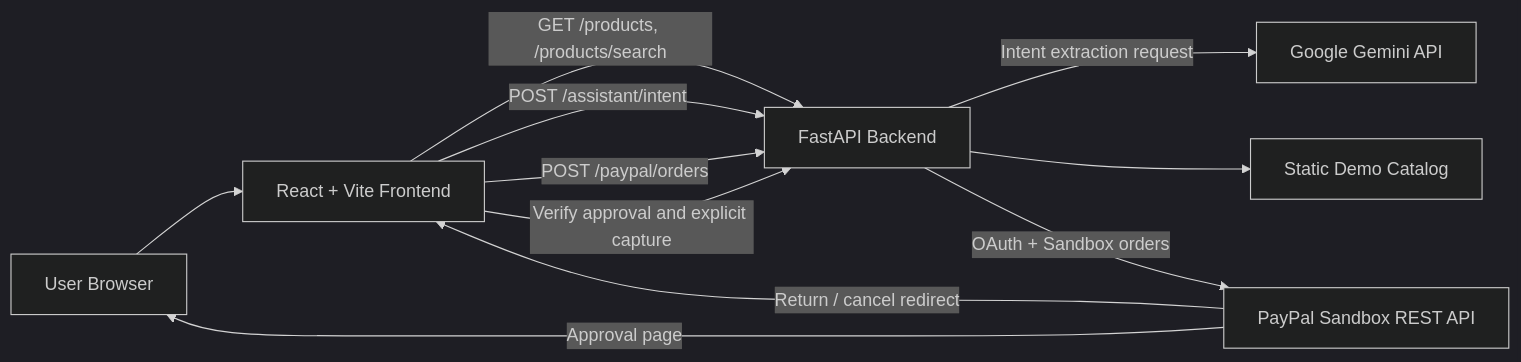
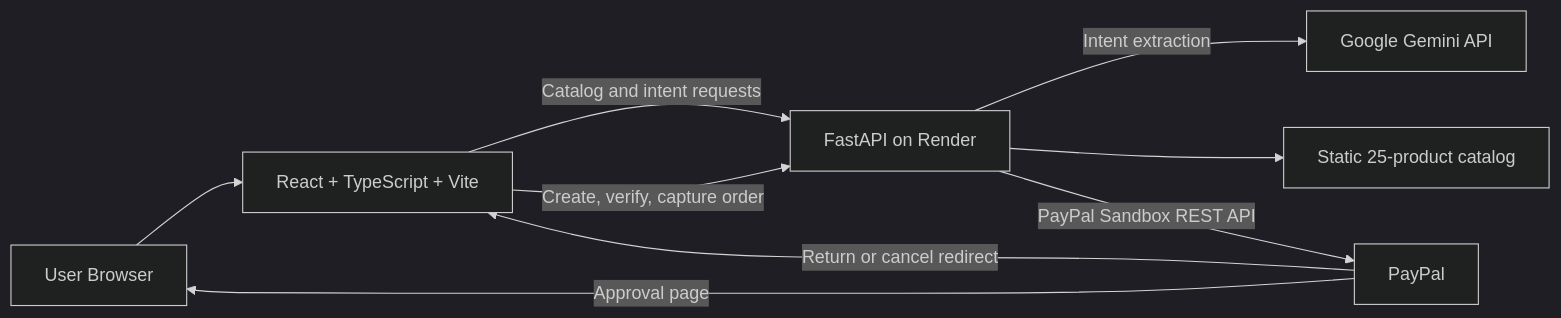
One commit to Plabon-Basak/CartPilot-AI changed the diagram in README.md. Above: the diagram before and after it, drawn with Mermaid (dark theme). The commit also changed other lines of this file and 2 other files, not shown here.

Commit message:
docs: refresh hackathon README and assistant prompts

````diff
--- a/README.md
+++ b/README.md
@@ -116,13 +67,11 @@
 ```mermaid
 flowchart LR
-    User[User Browser] --> UI[React + Vite Frontend]
-    UI -->|GET /products, /products/search| API[FastAPI Backend]
-    UI -->|POST /assistant/intent| API
-    API -->|Intent extraction request| Gemini[Google Gemini API]
-    API --> Catalog[Static Demo Catalog]
-    UI -->|POST /paypal/orders| API
-    API -->|OAuth + Sandbox orders| PayPal[PayPal Sandbox REST API]
+    User[User Browser] --> Frontend[React + TypeScript + Vite]
+    Frontend -->|Catalog and intent requests| Backend[FastAPI on Render]
+    Backend -->|Intent extraction| Gemini[Google Gemini API]
+    Backend --> Catalog[Static 25-product catalog]
+    Frontend -->|Create, verify, capture order| Backend
+    Backend -->|PayPal Sandbox REST API| PayPal[PayPal]
     PayPal -->|Approval page| User
-    PayPal -->|Return / cancel redirect| UI
-    UI -->|Verify approval and explicit capture| API
+    PayPal -->|Return or cancel redirect| Frontend
 ```
````
